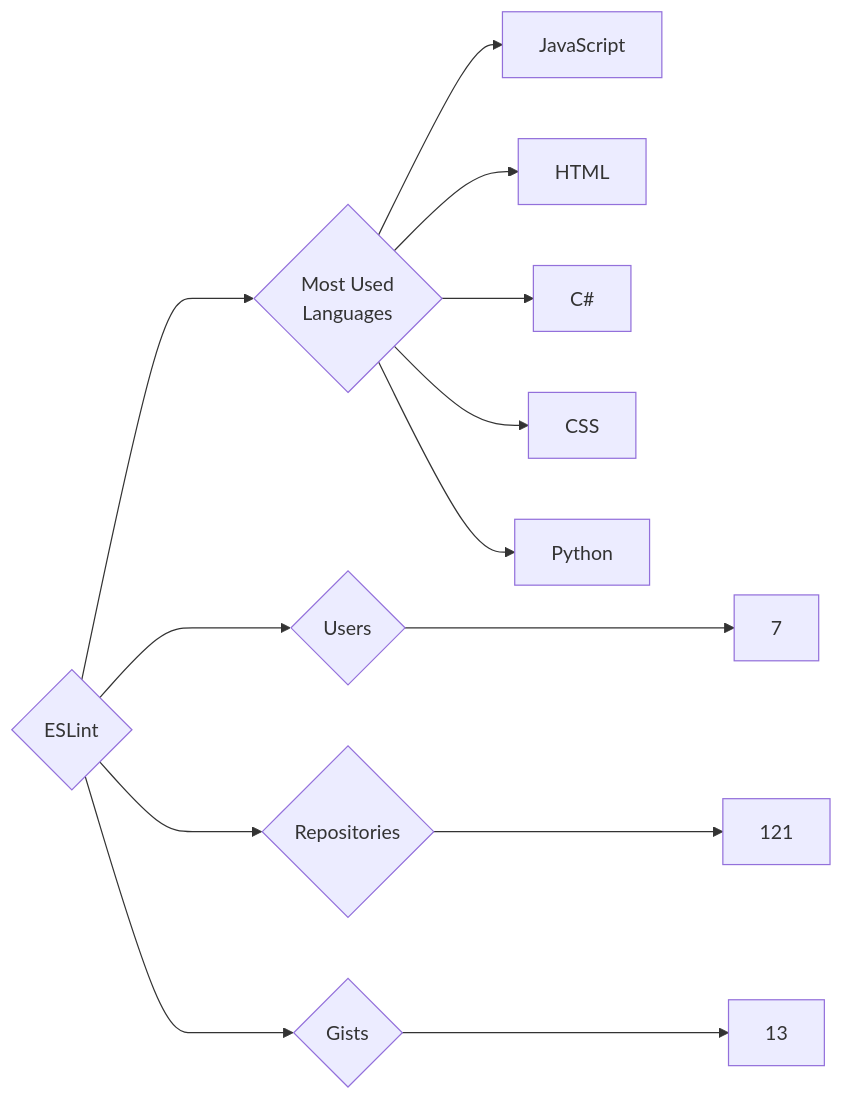
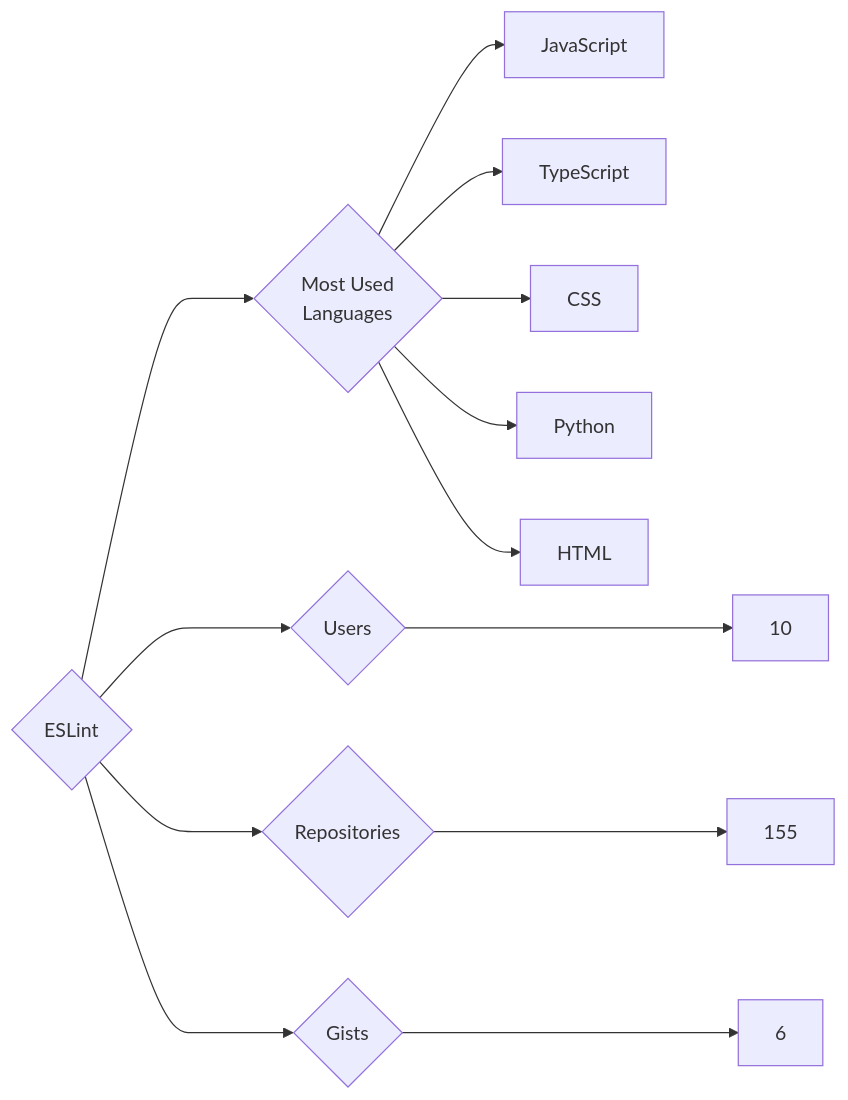
The diagram in targets/ESLint/README.md (trickest/insiders), drawn with Mermaid before and after one commit. The commit also changed 988 other files, not shown here.

````diff
--- a/targets/ESLint/README.md
+++ b/targets/ESLint/README.md
@@ -3,13 +3,13 @@
 ```mermaid
 graph LR
 COMPANY_NAME{ESLint}
-COMPANY_NAME ---> U{Users} ---> UN[7]
-COMPANY_NAME ---> R{Repositories} ---> RN[121]
-COMPANY_NAME ---> G{Gists} ---> GN[13]
+COMPANY_NAME ---> U{Users} ---> UN[10]
+COMPANY_NAME ---> R{Repositories} ---> RN[155]
+COMPANY_NAME ---> G{Gists} ---> GN[6]
 COMPANY_NAME ---> ML{Most Used<br>Languages}
 ML --> JavaScript[JavaScript]
-ML --> HTML[HTML]
-ML --> C#[C#]
+ML --> TypeScript[TypeScript]
 ML --> CSS[CSS]
 ML --> Python[Python]
+ML --> HTML[HTML]
 ```
````
